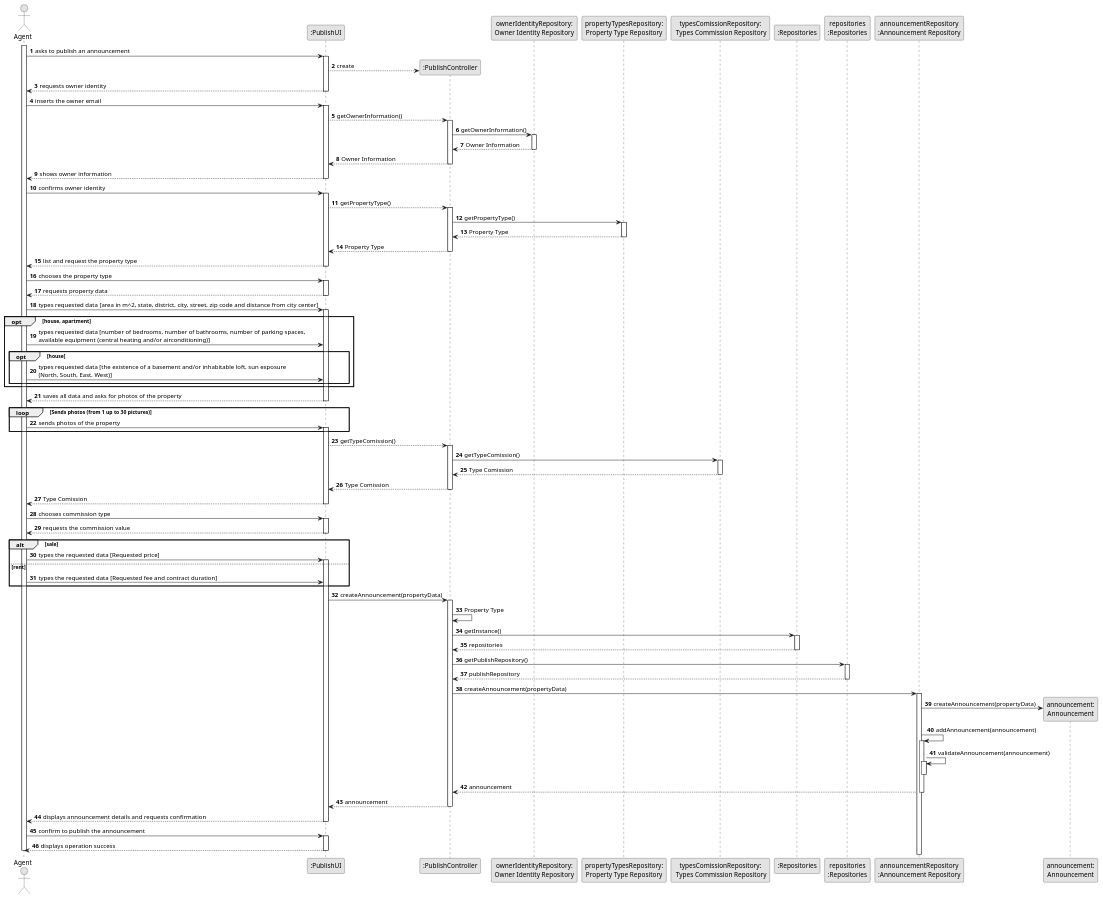
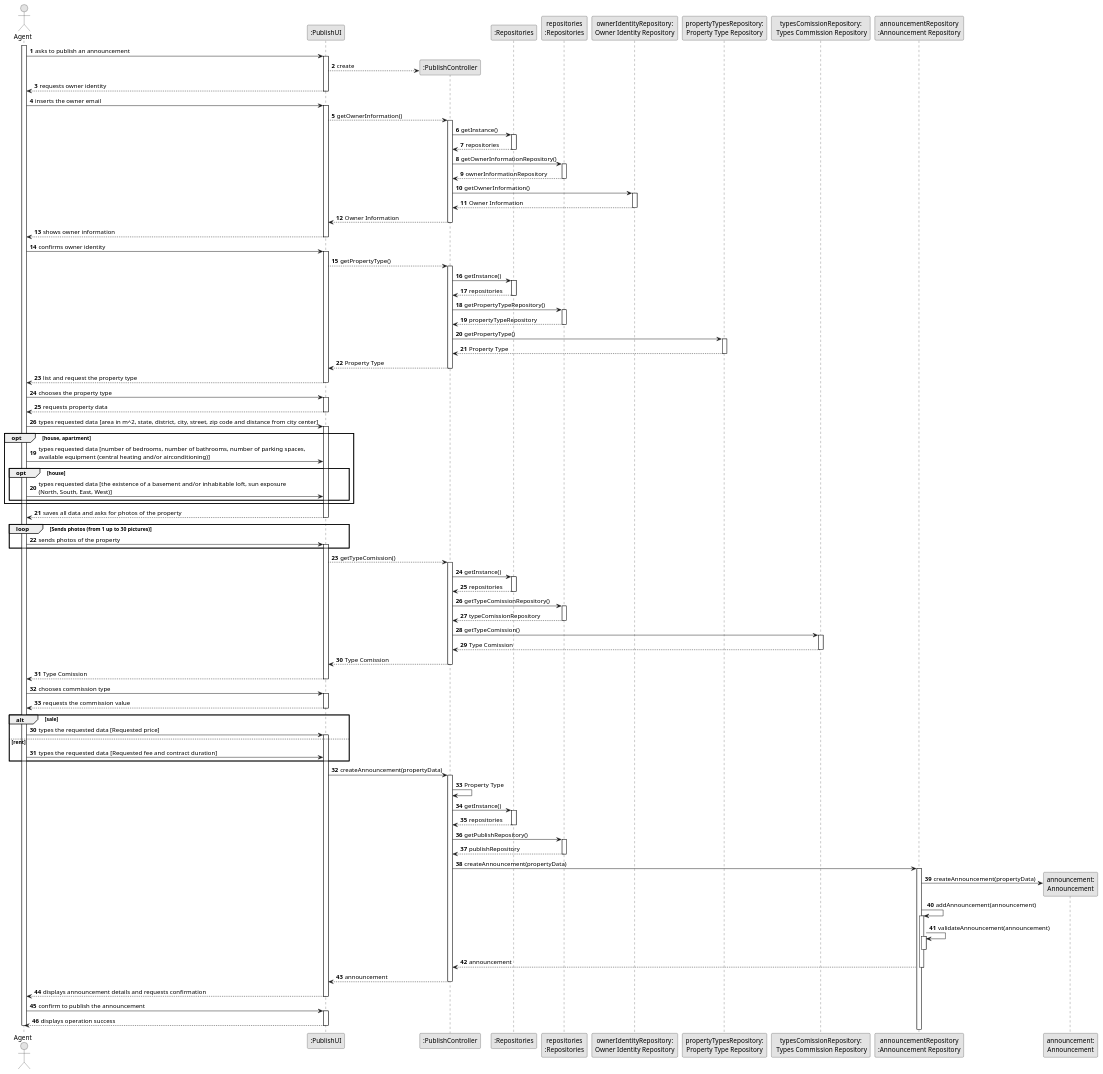
One commit to PureNimble/ISEP-LAPR2 changed the diagram in docs/sprintB/US02/03.design/puml/us02-sequence-diagram-full.puml. Above: the diagram before and after it, drawn with PlantUML. The commit also changed 2 other files, not shown here.

Commit message:
Sequence diagram full and partial update

```diff
--- a/docs/sprintB/US02/03.design/puml/us02-sequence-diagram-full.puml
+++ b/docs/sprintB/US02/03.design/puml/us02-sequence-diagram-full.puml
@@ -9,11 +9,11 @@
 actor "Agent" as Agent
 participant ":PublishUI" as UI
 participant ":PublishController" as CTRL
+participant ":Repositories" as Repository
+participant "repositories\n:Repositories" as Repository2
 participant "ownerIdentityRepository:\nOwner Identity Repository" as OwnerRepository
 participant "propertyTypesRepository:\nProperty Type Repository" as PropertyTypeRepository
 participant "typesComissionRepository:\n Types Commission Repository" as typesComissionRepository
-participant ":Repositories" as Repository
-participant "repositories\n:Repositories" as Repository2
 participant "announcementRepository\n:Announcement Repository" as announcementRepository
 participant "announcement:\nAnnouncement" as announcement
 
@@ -36,6 +36,18 @@
 
                 activate CTRL
 
+                    CTRL -> Repository : getInstance()
+                    activate Repository
+
+                    Repository --> CTRL : repositories
+                    deactivate Repository
+
+                    CTRL -> Repository2 : getOwnerInformationRepository()
+                    activate Repository2
+
+                    Repository2 --> CTRL : ownerInformationRepository
+                    deactivate Repository2
+
                     CTRL -> OwnerRepository : getOwnerInformation()
 
                         activate OwnerRepository
@@ -55,8 +67,21 @@
     Agent -> UI : confirms owner identity
         activate UI
 
-            UI --> CTRL : getPropertyType()
-            activate CTRL
+         UI --> CTRL : getPropertyType()
+         activate CTRL
+
+        CTRL -> Repository : getInstance()
+        activate Repository
+
+        Repository --> CTRL : repositories
+        deactivate Repository
+
+        CTRL -> Repository2 : getPropertyTypeRepository()
+        activate Repository2
+
+        Repository2 --> CTRL : propertyTypeRepository
+        deactivate Repository2
+
 
                 CTRL -> PropertyTypeRepository : getPropertyType()
                 activate PropertyTypeRepository
@@ -100,6 +125,18 @@
 
            UI --> CTRL : getTypeComission()
            activate CTRL
+
+           CTRL -> Repository : getInstance()
+           activate Repository
+
+           Repository --> CTRL : repositories
+           deactivate Repository
+
+           CTRL -> Repository2 : getTypeComissionRepository()
+           activate Repository2
+
+           Repository2 --> CTRL : typeComissionRepository
+           deactivate Repository2
 
                 CTRL -> typesComissionRepository : getTypeComission()
                 activate typesComissionRepository
```
